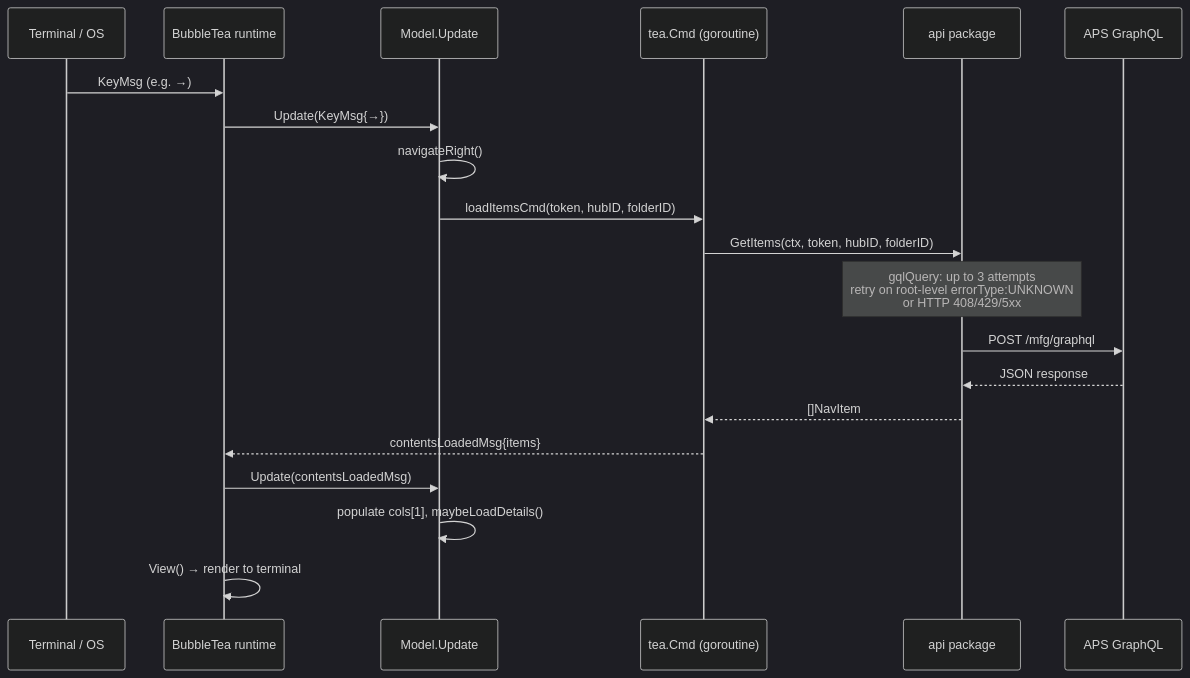
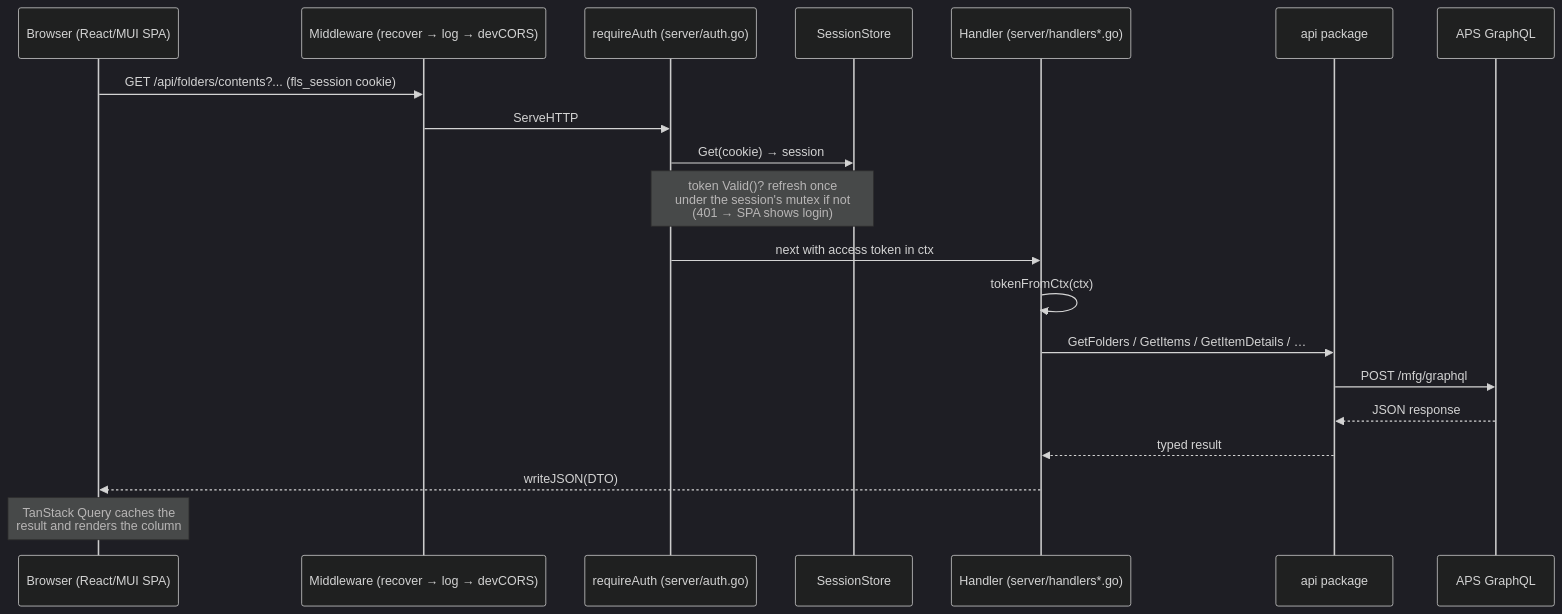
One commit to schneik80/fusionlocalserver changed the sixth of 7 diagrams in docs/architecture.md. Above: the diagram before and after it, drawn with Mermaid (dark theme). The commit also changed other lines of this file and 13 other files, not shown here.

````diff
--- a/docs/architecture.md
+++ b/docs/architecture.md
@@ -221,23 +220,23 @@
 ```mermaid
 sequenceDiagram
-    participant OS as Terminal / OS
-    participant BT as BubbleTea runtime
-    participant Update as Model.Update
-    participant Cmd as tea.Cmd (goroutine)
+    participant B as Browser (React/MUI SPA)
+    participant MW as Middleware (recover → log → devCORS)
+    participant RA as requireAuth (server/auth.go)
+    participant S as SessionStore
+    participant H as Handler (server/handlers*.go)
     participant API as api package
     participant APS as APS GraphQL
 
-    OS->>BT: KeyMsg (e.g. →)
-    BT->>Update: Update(KeyMsg{→})
-    Update->>Update: navigateRight()
-    Update->>Cmd: loadItemsCmd(token, hubID, folderID)
-    Cmd->>API: GetItems(ctx, token, hubID, folderID)
-    Note over API: gqlQuery: up to 3 attempts<br/>retry on root-level errorType:UNKNOWN<br/>or HTTP 408/429/5xx
+    B->>MW: GET /api/folders/contents?... (fls_session cookie)
+    MW->>RA: ServeHTTP
+    RA->>S: Get(cookie) → session
+    Note over RA,S: token Valid()? refresh once<br/>under the session's mutex if not<br/>(401 → SPA shows login)
+    RA->>H: next with access token in ctx
+    H->>H: tokenFromCtx(ctx)
+    H->>API: GetFolders / GetItems / GetItemDetails / …
     API->>APS: POST /mfg/graphql
     APS-->>API: JSON response
-    API-->>Cmd: []NavItem
-    Cmd-->>BT: contentsLoadedMsg{items}
-    BT->>Update: Update(contentsLoadedMsg)
-    Update->>Update: populate cols[1], maybeLoadDetails()
-    BT->>BT: View() → render to terminal
+    API-->>H: typed result
+    H-->>B: writeJSON(DTO)
+    Note over B: TanStack Query caches the<br/>result and renders the column
 ```
````
